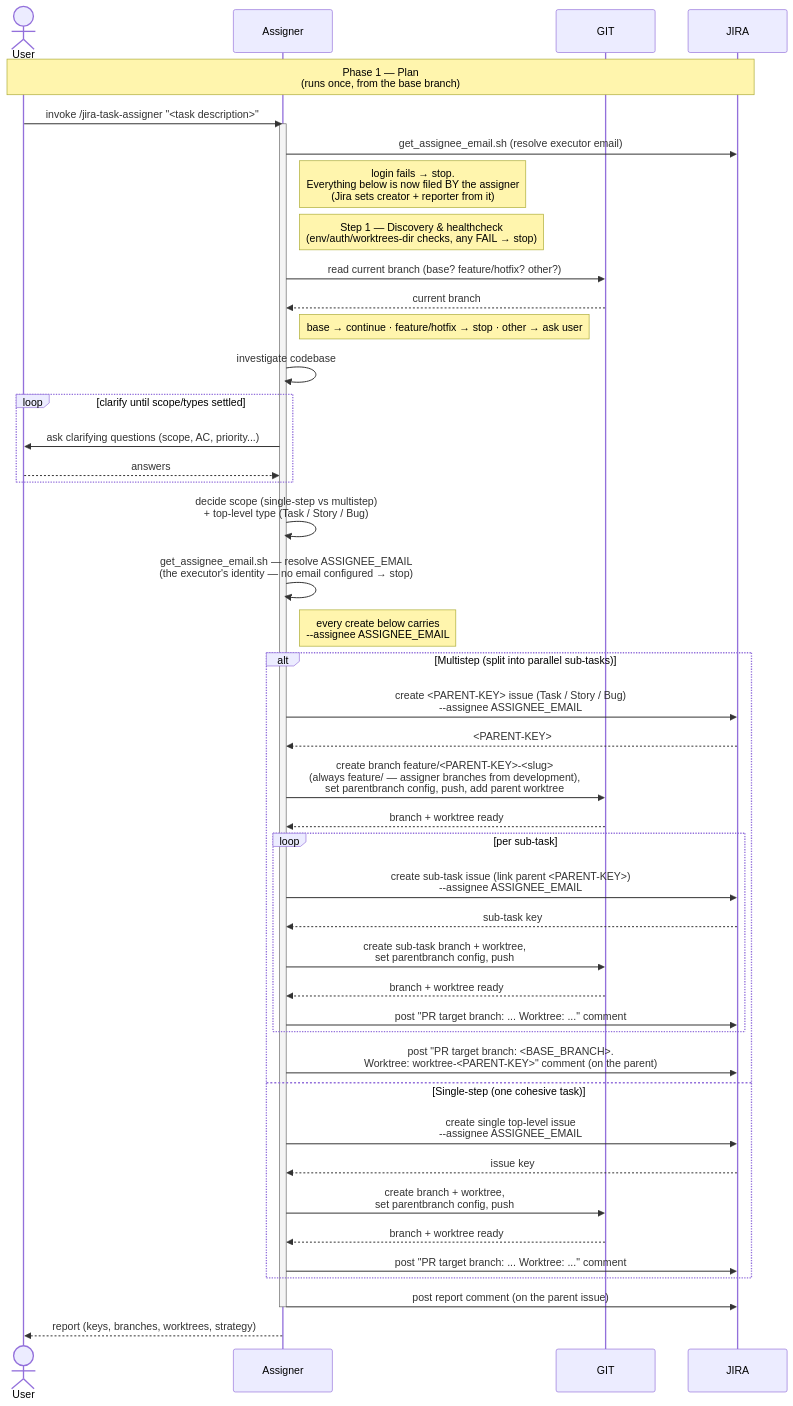
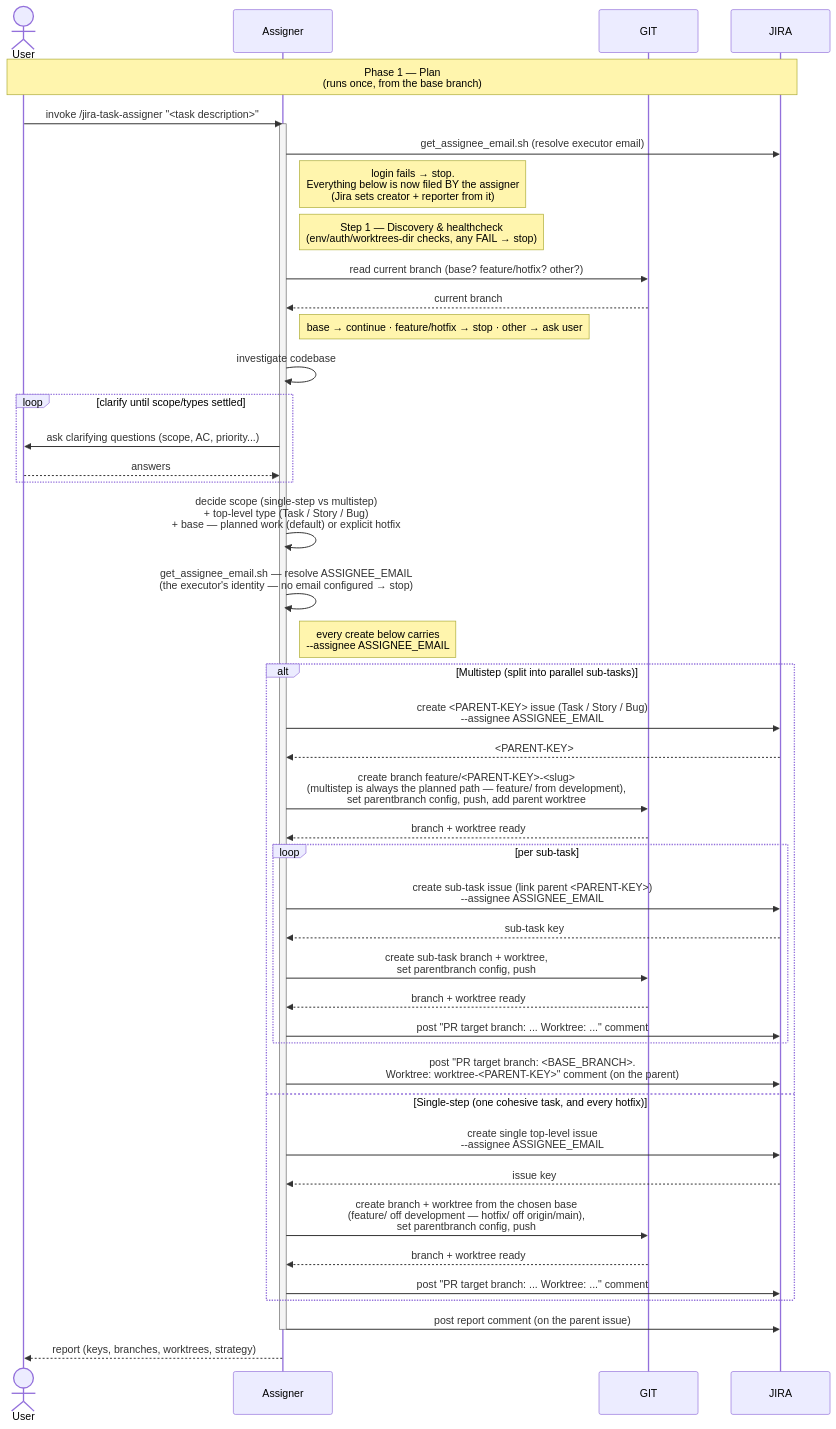
Before and after one commit to kantorv/jira-sdlc-tools: the diagram in plugins/jira-sdlc/docs/TASK-LIFECYCLE-PHASE-1.md, drawn with Mermaid. The commit also changed other lines of this file and 6 other files, not shown here.

First line of the commit message:
JST-184 teach jira-task-assigner an explicit hotfix directive

````diff
--- a/plugins/jira-sdlc/docs/TASK-LIFECYCLE-PHASE-1.md
+++ b/plugins/jira-sdlc/docs/TASK-LIFECYCLE-PHASE-1.md
@@ -25,54 +25,54 @@
 ```mermaid
 sequenceDiagram
     actor User
     participant Assigner
     participant GIT
     participant JIRA
 
     Note over User,JIRA: Phase 1 — Plan<br/>(runs once, from the base branch)
     User->>Assigner: invoke /jira-task-assigner "<task description>"
 
     activate Assigner
     Assigner->>JIRA: get_assignee_email.sh (resolve executor email)
     Note right of Assigner: login fails → stop.<br/>Everything below is now filed BY the assigner<br/>(Jira sets creator + reporter from it)
     Note right of Assigner: Step 1 — Discovery & healthcheck<br/>(env/auth/worktrees-dir checks, any FAIL → stop)
     Assigner->>GIT: read current branch (base? feature/hotfix? other?)
     GIT-->>Assigner: current branch
     Note right of Assigner: base → continue · feature/hotfix → stop · other → ask user
     Assigner->>Assigner: investigate codebase
 
     loop clarify until scope/types settled
         Assigner->>User: ask clarifying questions (scope, AC, priority...)
         User-->>Assigner: answers
     end
 
-    Assigner->>Assigner: decide scope (single-step vs multistep)<br/>+ top-level type (Task / Story / Bug)
+    Assigner->>Assigner: decide scope (single-step vs multistep)<br/>+ top-level type (Task / Story / Bug)<br/>+ base — planned work (default) or explicit hotfix
 
     Assigner->>Assigner: get_assignee_email.sh — resolve ASSIGNEE_EMAIL<br/>(the executor's identity — no email configured → stop)
     Note right of Assigner: every create below carries<br/>--assignee ASSIGNEE_EMAIL
 
     alt Multistep (split into parallel sub-tasks)
         Assigner->>JIRA: create <PARENT-KEY> issue (Task / Story / Bug)<br/>--assignee ASSIGNEE_EMAIL
         JIRA-->>Assigner: <PARENT-KEY>
-        Assigner->>GIT: create branch feature/<PARENT-KEY>-<slug><br/>(always feature/ — assigner branches from development),<br/>set parentbranch config, push, add parent worktree
+        Assigner->>GIT: create branch feature/<PARENT-KEY>-<slug><br/>(multistep is always the planned path — feature/ from development),<br/>set parentbranch config, push, add parent worktree
         GIT-->>Assigner: branch + worktree ready
         loop per sub-task
             Assigner->>JIRA: create sub-task issue (link parent <PARENT-KEY>)<br/>--assignee ASSIGNEE_EMAIL
             JIRA-->>Assigner: sub-task key
             Assigner->>GIT: create sub-task branch + worktree,<br/>set parentbranch config, push
             GIT-->>Assigner: branch + worktree ready
             Assigner->>JIRA: post "PR target branch: ... Worktree: ..." comment
         end
         Assigner->>JIRA: post "PR target branch: <BASE_BRANCH>.<br/>Worktree: worktree-<PARENT-KEY>" comment (on the parent)
-    else Single-step (one cohesive task)
+    else Single-step (one cohesive task, and every hotfix)
         Assigner->>JIRA: create single top-level issue<br/>--assignee ASSIGNEE_EMAIL
         JIRA-->>Assigner: issue key
-        Assigner->>GIT: create branch + worktree,<br/>set parentbranch config, push
+        Assigner->>GIT: create branch + worktree from the chosen base<br/>(feature/ off development — hotfix/ off origin/main),<br/>set parentbranch config, push
         GIT-->>Assigner: branch + worktree ready
         Assigner->>JIRA: post "PR target branch: ... Worktree: ..." comment
     end
     Assigner->>JIRA: post report comment (on the parent issue)
     deactivate Assigner
 
     Assigner-->>User: report (keys, branches, worktrees, strategy)
 ```
````
